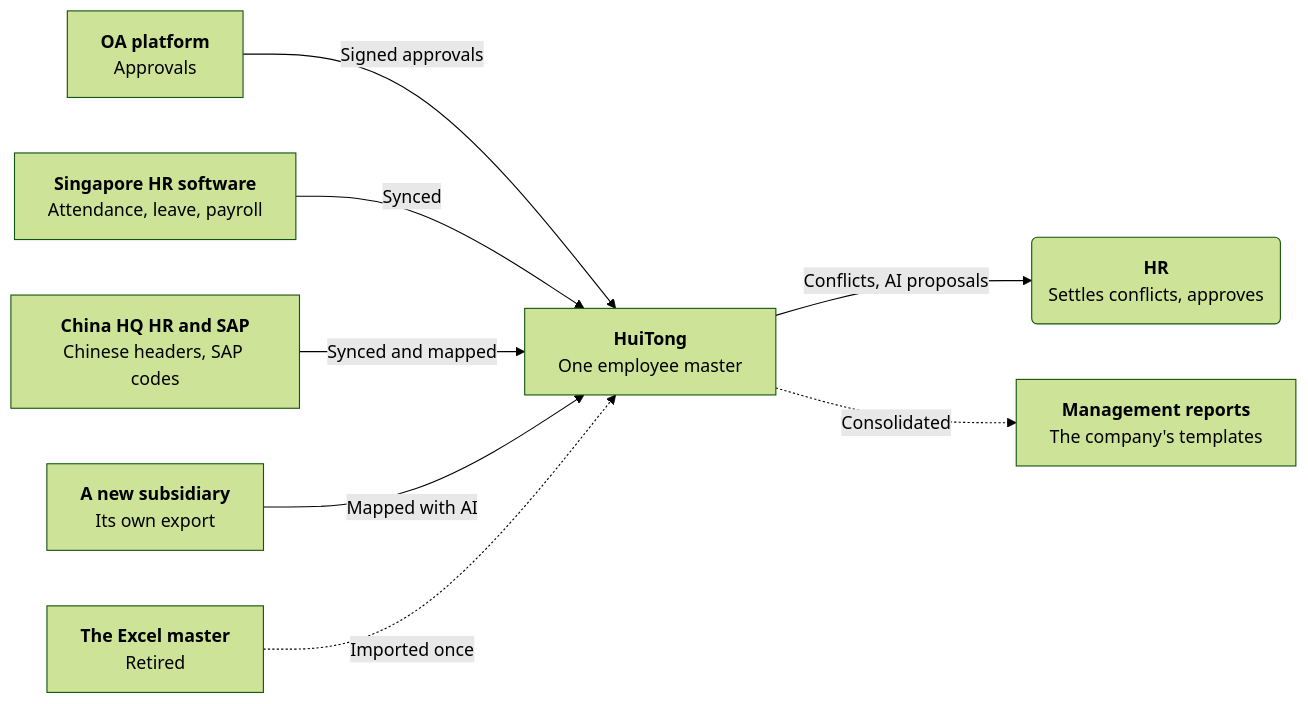
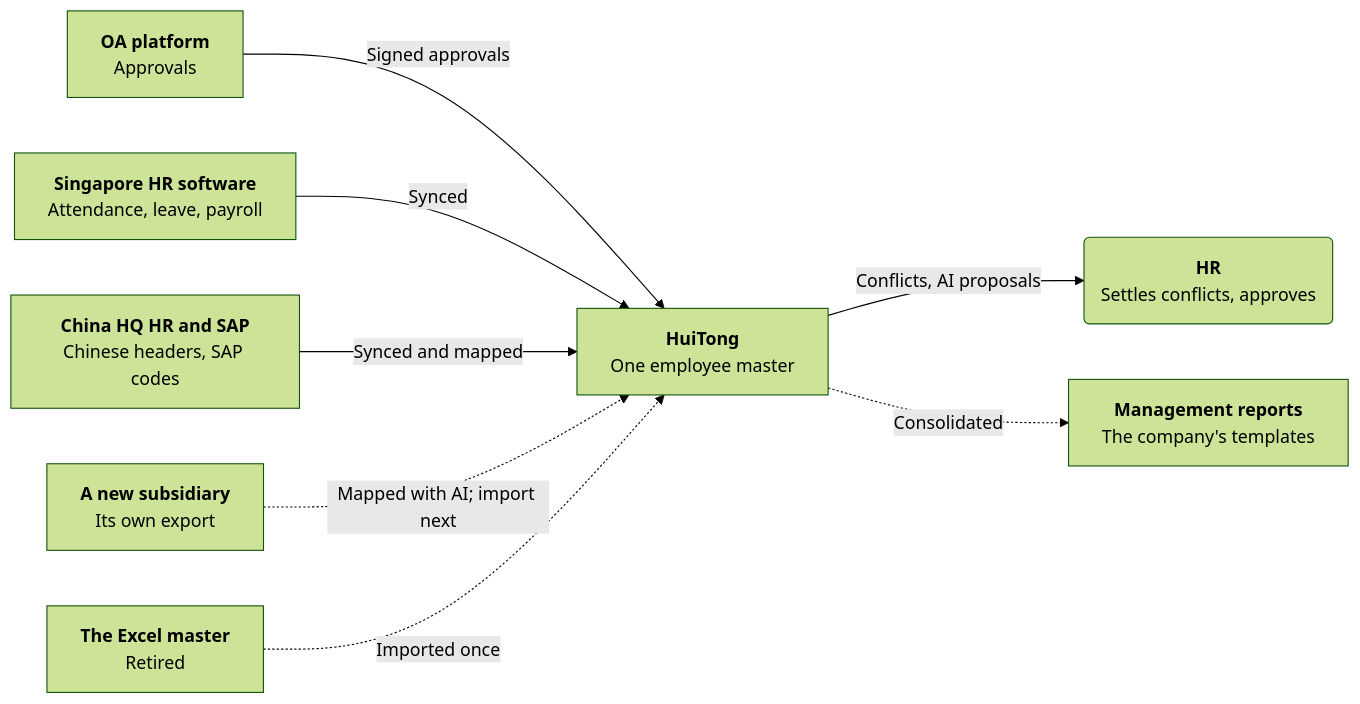
Before and after one commit to xiu2809xiu-rgb/sccci-innovation-project: the diagram in docs/diagrams/future-state.mmd, drawn with Mermaid (forest theme). The commit also changed 9 other files, not shown here.

First line of the commit message:
docs(diagrams): draw planned parts as planned in every diagram

```diff
--- a/docs/diagrams/future-state.mmd
+++ b/docs/diagrams/future-state.mmd
@@ -1,29 +1,29 @@
 %% With HuiTong, the target: every system of record stays, and HuiTong carries the data between
 %% them, so HR settles exceptions instead of re-keying. Dotted parts are designed, not yet built.
 flowchart LR
   oa["`**OA platform**
 Approvals`"]:::mock
   sghr["`**Singapore HR software**
 Attendance, leave, payroll`"]:::mock
   cnhq["`**China HQ HR and SAP**
 Chinese headers, SAP codes`"]:::mock
   sub["`**A new subsidiary**
 Its own export`"]:::external
   excel["`**The Excel master**
 Retired`"]:::planned
 
   hub["`**HuiTong**
 One employee master`"]:::system
 
   hr("`**HR**
 Settles conflicts, approves`"):::person
   mgmt["`**Management reports**
 The company's templates`"]:::planned
 
   oa -->|"Signed approvals"| hub
   sghr -->|"Synced"| hub
   cnhq -->|"Synced and mapped"| hub
-  sub -->|"Mapped with AI"| hub
+  sub -.->|"Mapped with AI; import next"| hub
   excel -.->|"Imported once"| hub
   hub -->|"Conflicts, AI proposals"| hr
   hub -.->|"Consolidated"| mgmt
```
